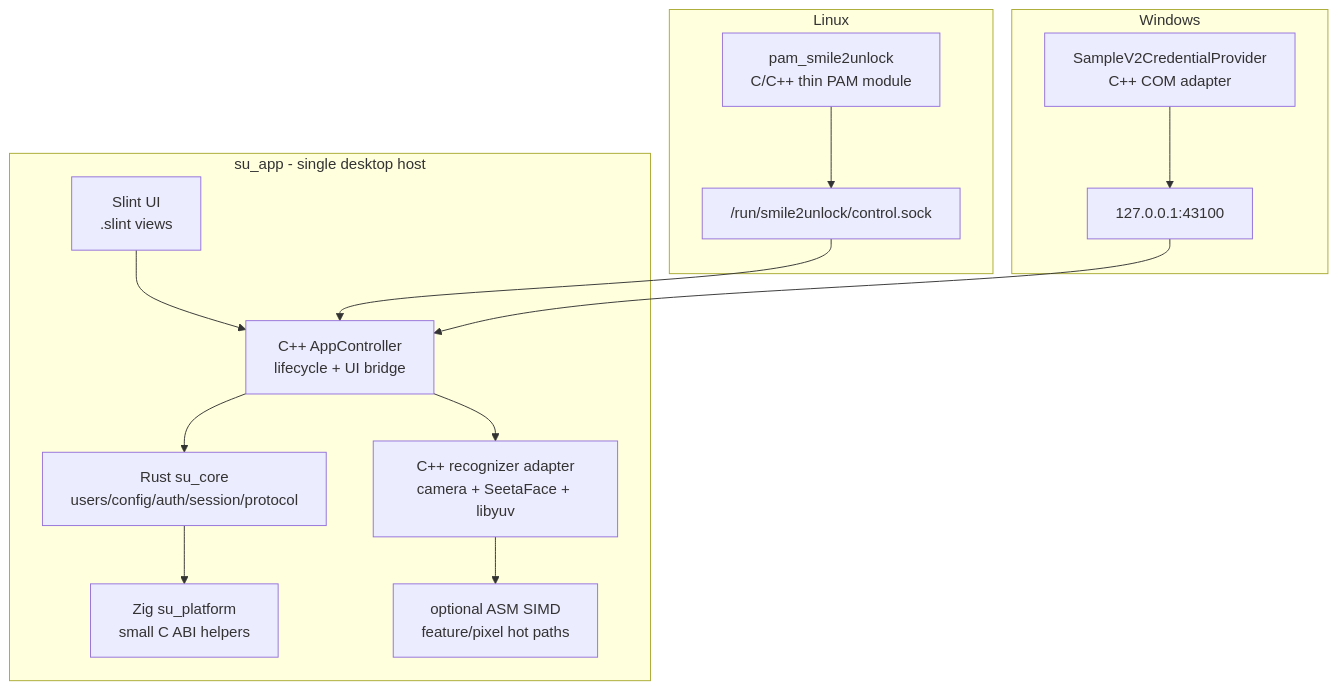
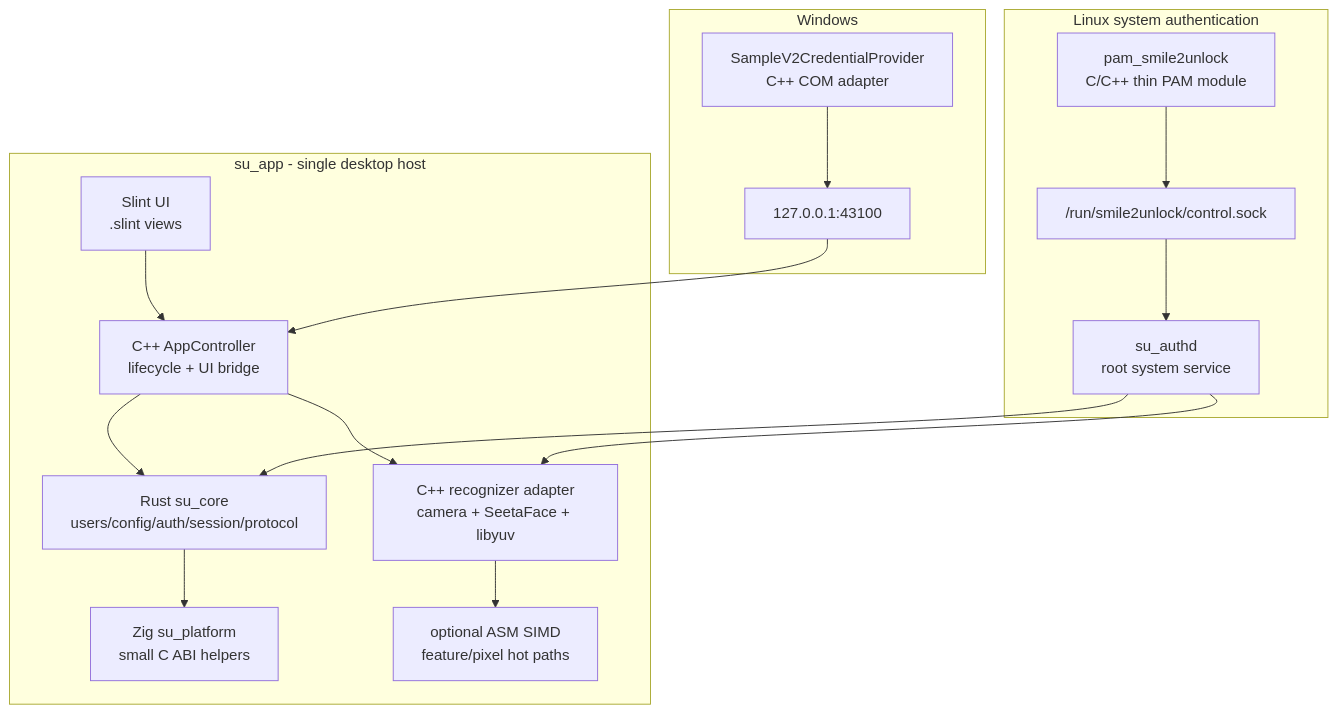
Before and after one commit to Smile2Unlock/Smile2Unlock_v2: the diagram in docs/rewrite_master_plan.md, drawn with Mermaid. The commit also changed other lines of this file and 81 other files, not shown here.

````diff
--- a/docs/rewrite_master_plan.md
+++ b/docs/rewrite_master_plan.md
@@ -68,29 +72,32 @@
 ```mermaid
 flowchart TB
     subgraph App["su_app - single desktop host"]
         UI["Slint UI<br/>.slint views"]
         Controller["C++ AppController<br/>lifecycle + UI bridge"]
         Core["Rust su_core<br/>users/config/auth/session/protocol"]
         Rec["C++ recognizer adapter<br/>camera + SeetaFace + libyuv"]
         Platform["Zig su_platform<br/>small C ABI helpers"]
         Simd["optional ASM SIMD<br/>feature/pixel hot paths"]
 
         UI --> Controller
         Controller --> Core
         Controller --> Rec
         Core --> Platform
         Rec --> Simd
     end
 
-    subgraph Linux["Linux"]
+    subgraph Linux["Linux system authentication"]
         PAM["pam_smile2unlock<br/>C/C++ thin PAM module"]
         PAMSock["/run/smile2unlock/control.sock"]
-        PAM --> PAMSock --> Controller
+        Authd["su_authd<br/>root system service"]
+        PAM --> PAMSock --> Authd
+        Authd --> Core
+        Authd --> Rec
     end
 
     subgraph Windows["Windows"]
         CP["SampleV2CredentialProvider<br/>C++ COM adapter"]
         CPSock["127.0.0.1:43100"]
         CP --> CPSock --> Controller
     end
 ```
````
